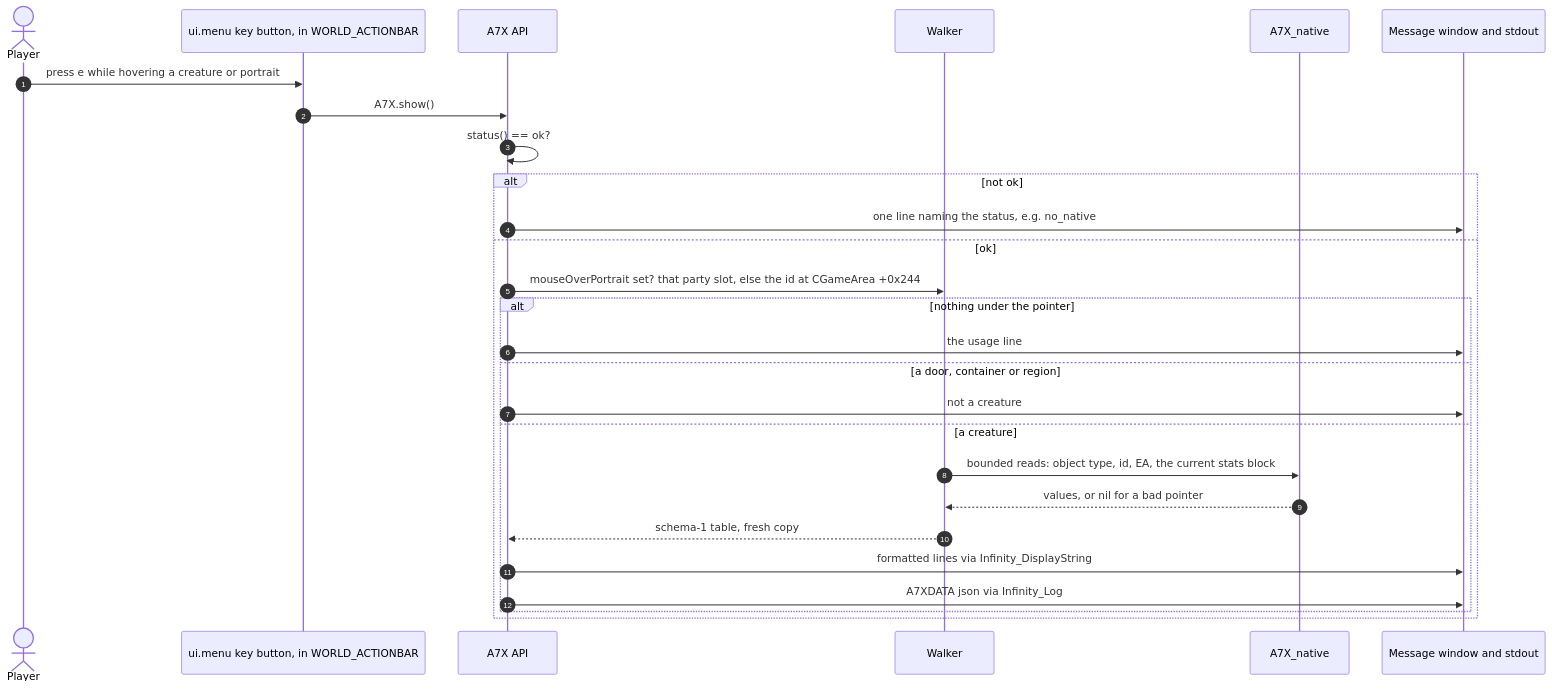
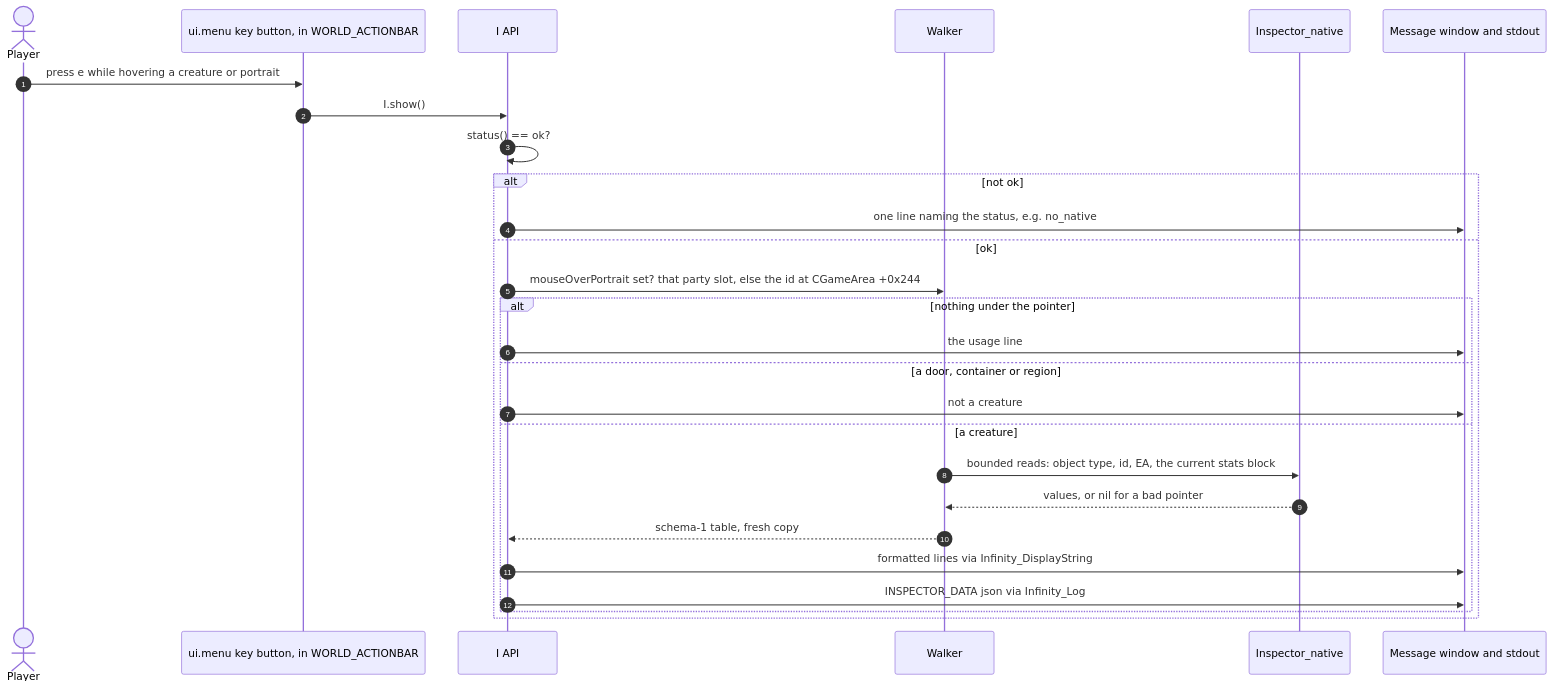
The seventh of 8 diagrams in docs/architecture.md (kabootit/BG2EE-Inspector), drawn with Mermaid before and after one commit. The commit also changed other lines of this file and 104 other files, not shown here.

````diff
--- a/docs/architecture.md
+++ b/docs/architecture.md
@@ -232,29 +232,29 @@
 ```mermaid
 sequenceDiagram
   autonumber
   actor U as Player
   participant UI as ui.menu key button, in WORLD_ACTIONBAR
-  participant API as A7X API
+  participant API as I API
   participant W as Walker
-  participant N as A7X_native
+  participant N as Inspector_native
   participant OUT as Message window and stdout
   U->>UI: press e while hovering a creature or portrait
-  UI->>API: A7X.show()
+  UI->>API: I.show()
   API->>API: status() == ok?
   alt not ok
     API->>OUT: one line naming the status, e.g. no_native
   else ok
     API->>W: mouseOverPortrait set? that party slot, else the id at CGameArea +0x244
     alt nothing under the pointer
       API->>OUT: the usage line
     else a door, container or region
       API->>OUT: not a creature
     else a creature
       W->>N: bounded reads: object type, id, EA, the current stats block
       N-->>W: values, or nil for a bad pointer
       W-->>API: schema-1 table, fresh copy
       API->>OUT: formatted lines via Infinity_DisplayString
-      API->>OUT: A7XDATA json via Infinity_Log
+      API->>OUT: INSPECTOR_DATA json via Infinity_Log
     end
   end
 ```
````
